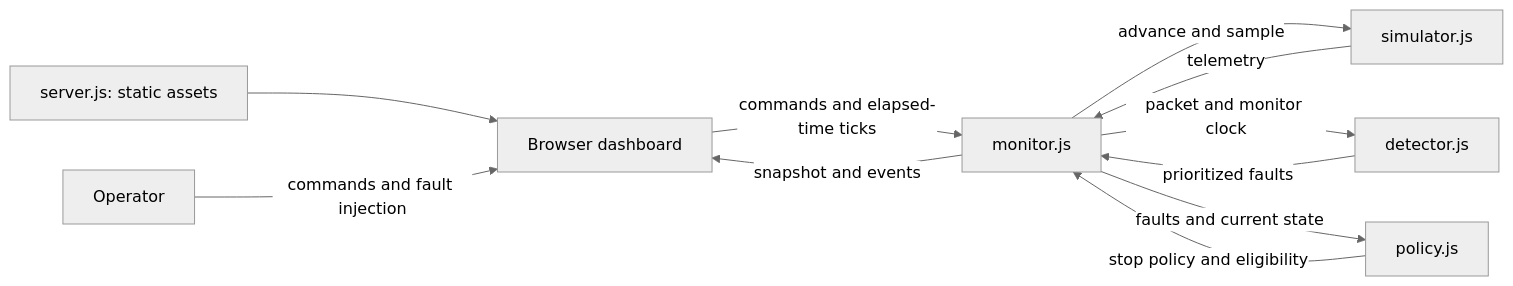
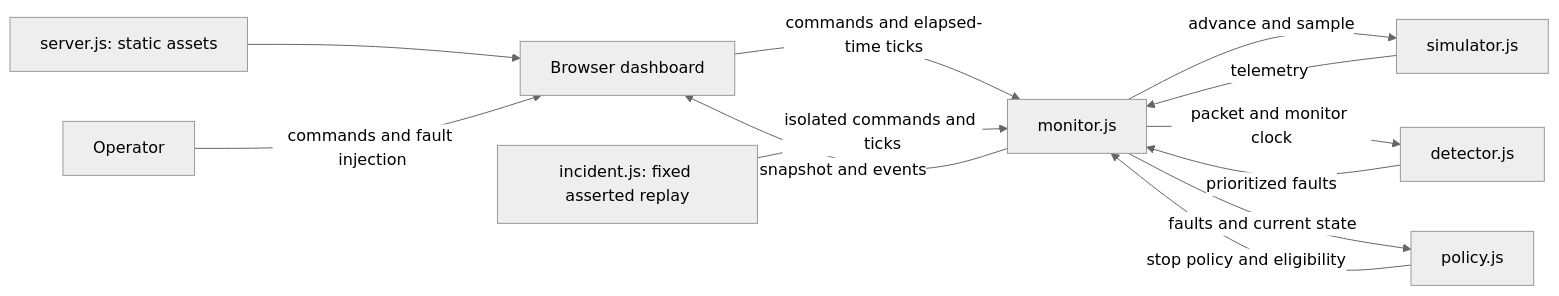
One commit to mahatosumit/RoboSentinel changed the diagram in README.md. Above: the diagram before and after it, drawn with Mermaid (neutral theme). The commit also changed other lines of this file and 7 other files, not shown here.

````diff
--- a/README.md
+++ b/README.md
@@ -161,13 +190,14 @@
 ```mermaid
 flowchart LR
     Server["server.js: static assets"] --> UI["Browser dashboard"]
     Operator["Operator"] -->|commands and fault injection| UI
     UI -->|commands and elapsed-time ticks| Monitor["monitor.js"]
     Monitor -->|advance and sample| Simulator["simulator.js"]
     Simulator -->|telemetry| Monitor
     Monitor -->|packet and monitor clock| Detector["detector.js"]
     Detector -->|prioritized faults| Monitor
     Monitor -->|faults and current state| Policy["policy.js"]
     Policy -->|stop policy and eligibility| Monitor
     Monitor -->|snapshot and events| UI
+    Replay["incident.js: fixed asserted replay"] -->|isolated commands and ticks| Monitor
 ```
````
